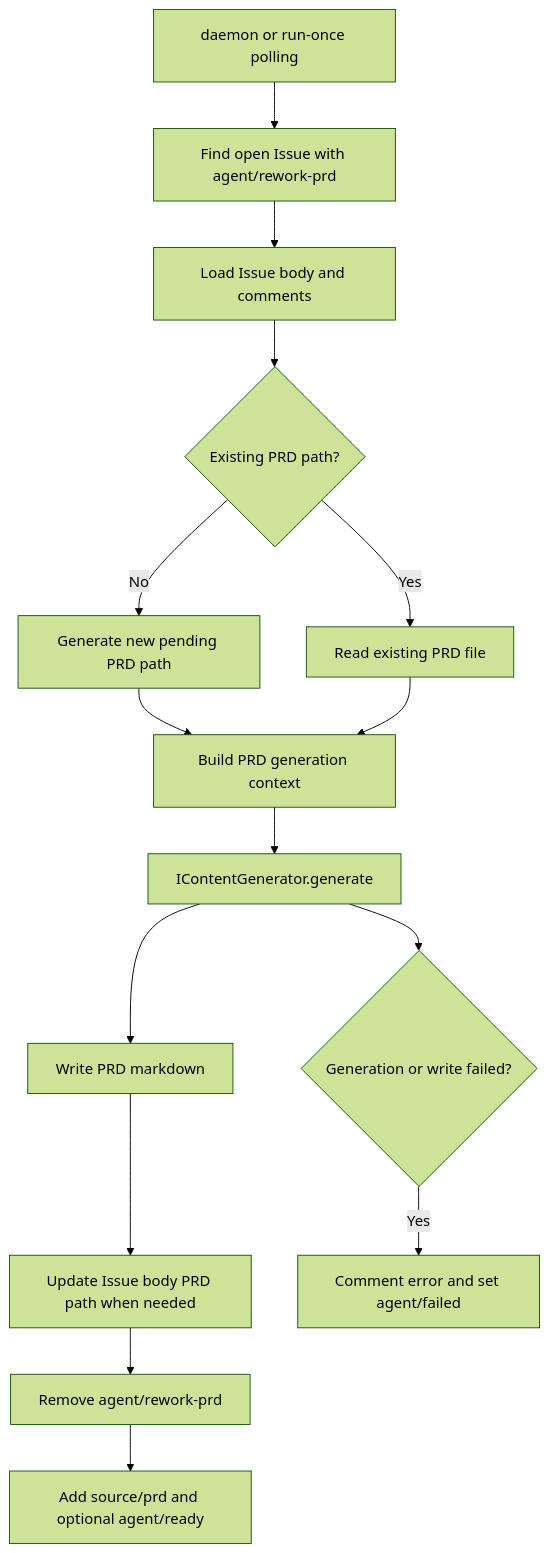
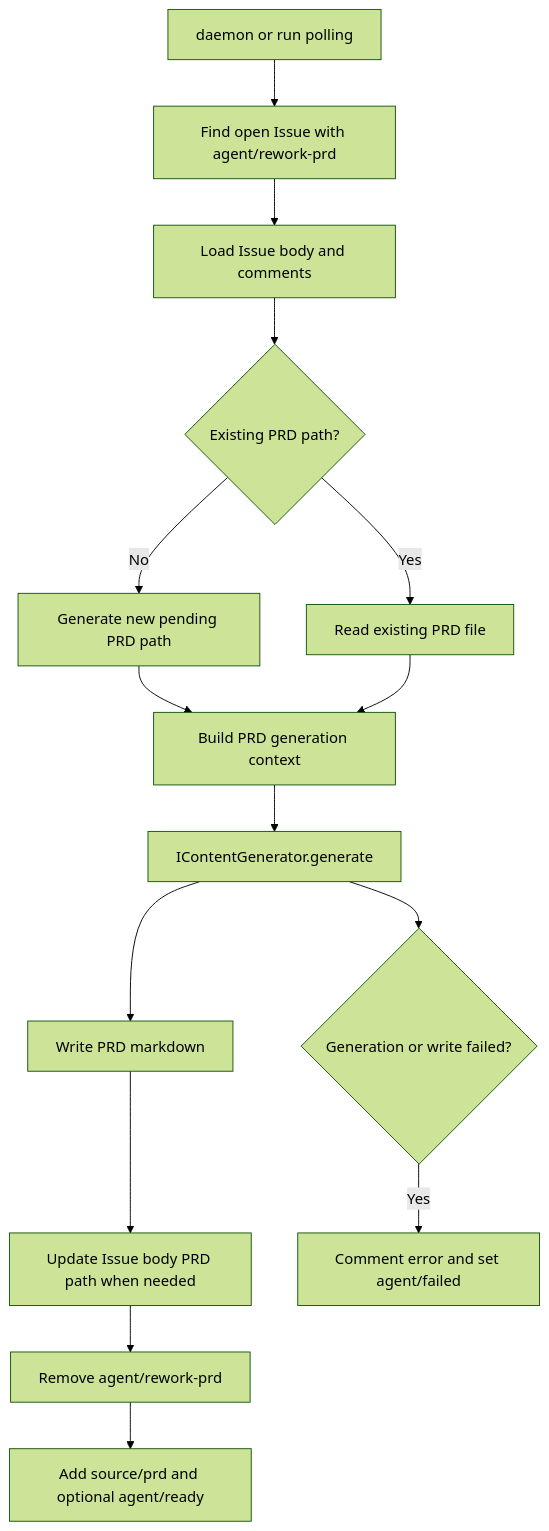
The diagram in tasks/pending/P2-FEAT-20260527-190923-prd-from-issue.md (zata-zhangtao/keda), drawn with Mermaid (forest theme) before and after one commit. The commit also changed other lines of this file and 31 other files, not shown here.

````diff
--- a/tasks/pending/P2-FEAT-20260527-190923-prd-from-issue.md
+++ b/tasks/pending/P2-FEAT-20260527-190923-prd-from-issue.md
@@ -259,17 +259,17 @@
 ```mermaid
 flowchart TD
-    A["daemon or run-once polling"] --> B["Find open Issue with agent/rework-prd"]
+    A["daemon or run polling"] --> B["Find open Issue with agent/rework-prd"]
     B --> C["Load Issue body and comments"]
     C --> D{"Existing PRD path?"}
     D -->|"No"| E["Generate new pending PRD path"]
     D -->|"Yes"| F["Read existing PRD file"]
     E --> G["Build PRD generation context"]
     F --> G
     G --> H["IContentGenerator.generate"]
     H --> I["Write PRD markdown"]
     I --> J["Update Issue body PRD path when needed"]
     J --> K["Remove agent/rework-prd"]
     K --> L["Add source/prd and optional agent/ready"]
     H --> M{"Generation or write failed?"}
     M -->|"Yes"| N["Comment error and set agent/failed"]
 ```
````
